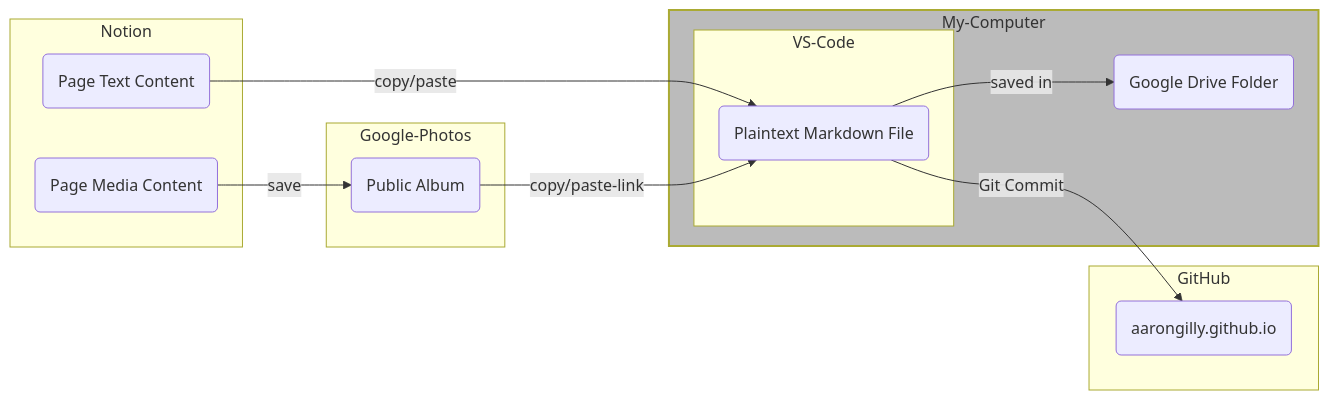
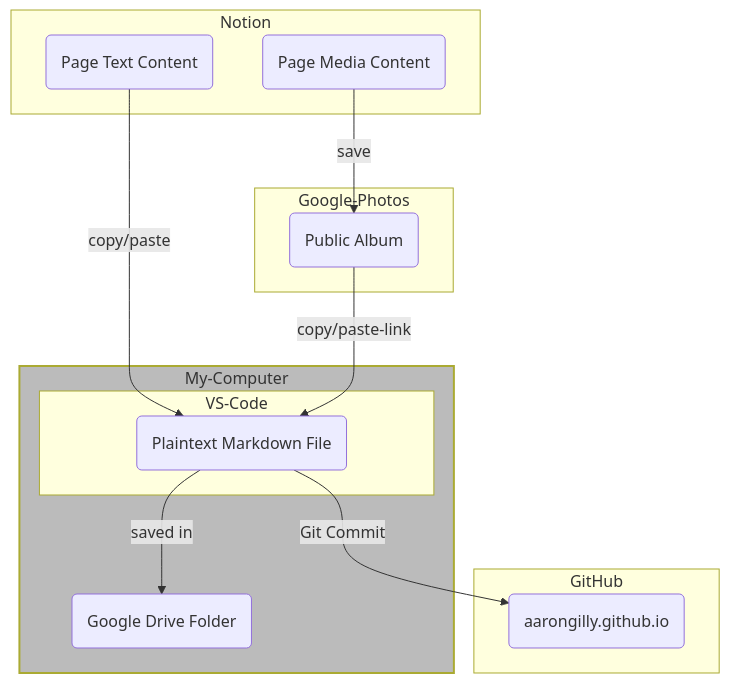
One commit to aarongilly/aarongilly.github.io changed the diagram in _posts/2022-02-22-417.md. Above: the diagram before and after it, drawn with Mermaid.

Commit message:
technical fix.

````diff
--- a/_posts/2022-02-22-417.md
+++ b/_posts/2022-02-22-417.md
@@ -69,25 +69,25 @@
 ```mermaid
-flowchart LR
+flowchart 
 	subgraph Notion	
 	a(Page Text Content)
 	c(Page Media Content)
 	end
 	subgraph My-Computer
 	style My-Computer fill:#bbb,stroke-width:2px
 	f(Google Drive Folder)
 	b--saved in-->f
 	subgraph VS-Code
 	b(Plaintext Markdown File)
 	end
 	end
 	a--copy/paste-->b
 	subgraph Google-Photos
 	d(Public Album)
 	end
 	c--save-->d
 	d--copy/paste-link-->b
 	subgraph GitHub
 	e(aarongilly.github.io)
 	end
 	b--Git Commit-->e
 ```
````
